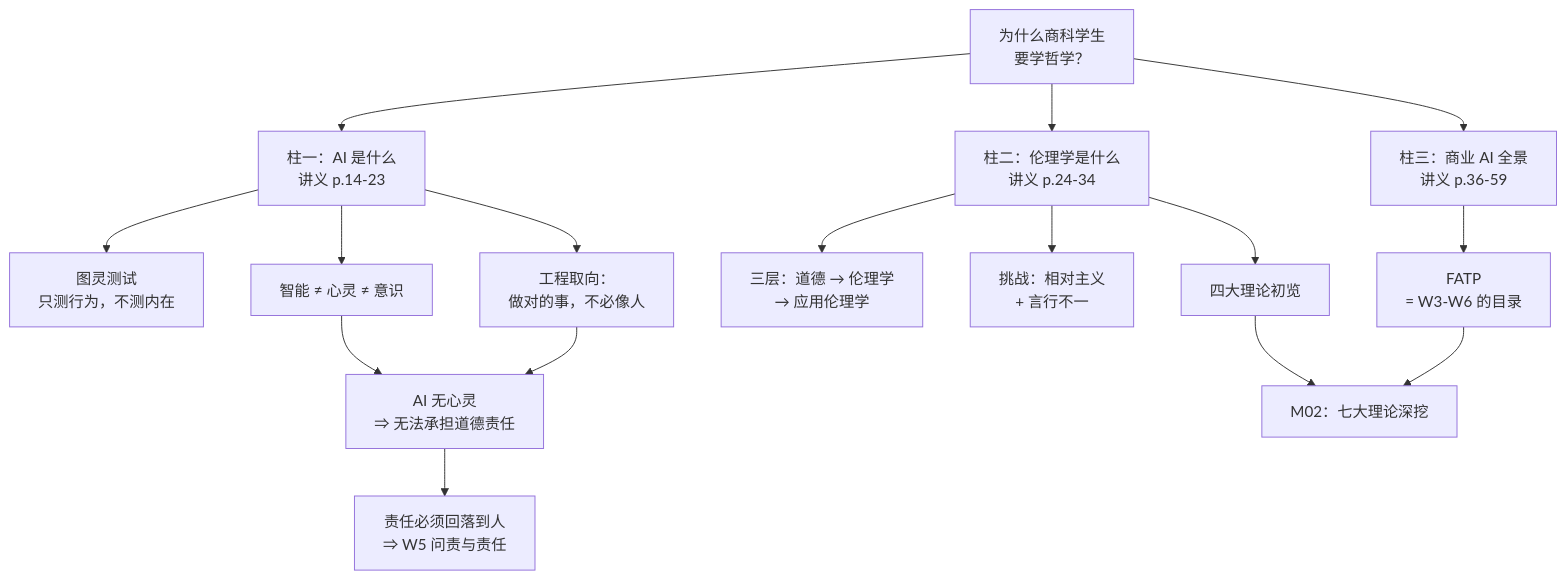
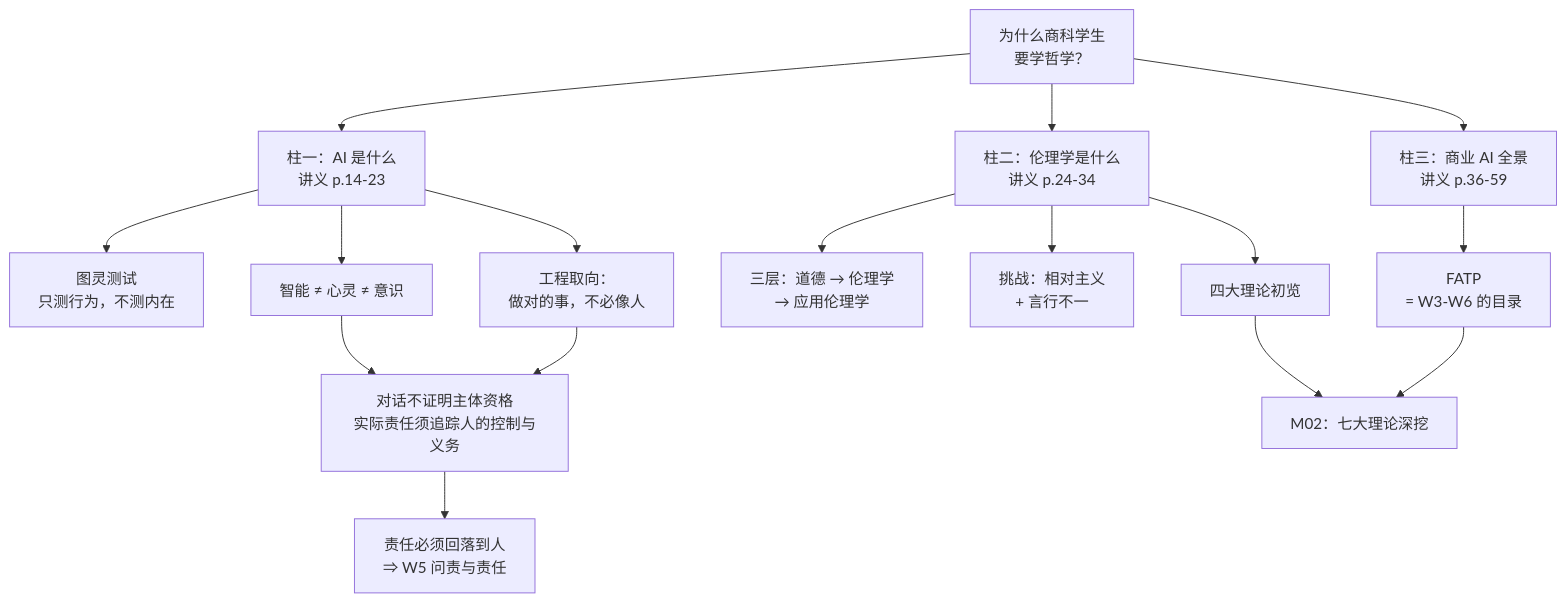
One commit to CercaTrovato/cityu-ai-course-notes changed the seventh of 9 diagrams in IS5113_AI_Ethics_and_Regulations/notes/M01-导论-AI与伦理.md. Above: the diagram before and after it, drawn with Mermaid. The commit also changed other lines of this file and 116 other files, not shown here.

````diff
--- a/IS5113_AI_Ethics_and_Regulations/notes/M01-导论-AI与伦理.md
+++ b/IS5113_AI_Ethics_and_Regulations/notes/M01-导论-AI与伦理.md
@@ -836,22 +1026,22 @@
 ```mermaid
 flowchart TD
     Q["为什么商科学生<br/>要学哲学？"] --> A["柱一：AI 是什么<br/>讲义 p.14-23"]
     Q --> B["柱二：伦理学是什么<br/>讲义 p.24-34"]
     Q --> C["柱三：商业 AI 全景<br/>讲义 p.36-59"]
 
     A --> A1["图灵测试<br/>只测行为，不测内在"]
     A --> A2["智能 ≠ 心灵 ≠ 意识"]
     A --> A3["工程取向：<br/>做对的事，不必像人"]
 
     B --> B1["三层：道德 → 伦理学<br/>→ 应用伦理学"]
     B --> B2["挑战：相对主义<br/>+ 言行不一"]
     B --> B3["四大理论初览"]
 
     C --> C1["FATP<br/>= W3-W6 的目录"]
 
-    A2 --> D["AI 无心灵<br/>⇒ 无法承担道德责任"]
+    A2 --> D["对话不证明主体资格<br/>实际责任须追踪人的控制与义务"]
     A3 --> D
     D --> E["责任必须回落到人<br/>⇒ W5 问责与责任"]
     B3 --> F["M02：七大理论深挖"]
     C1 --> F
 ```
````
